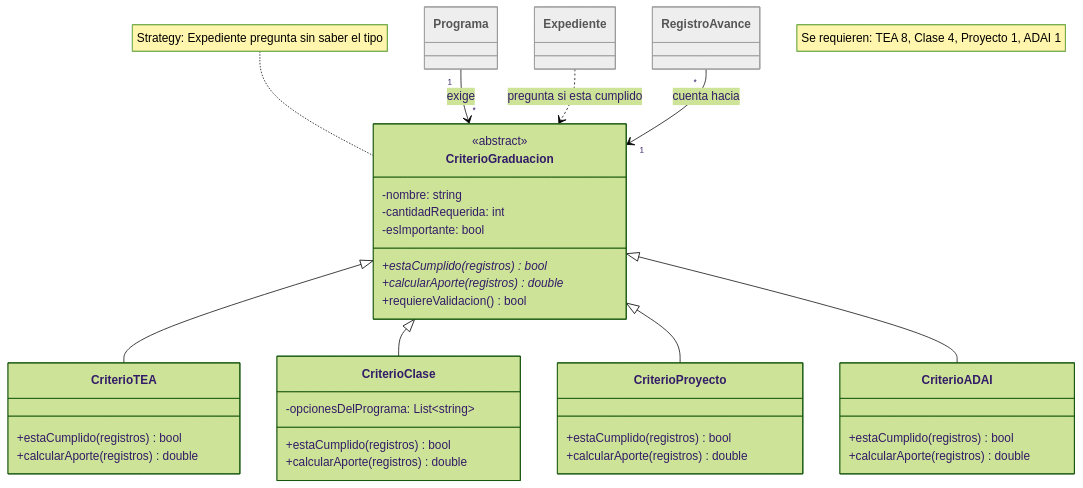
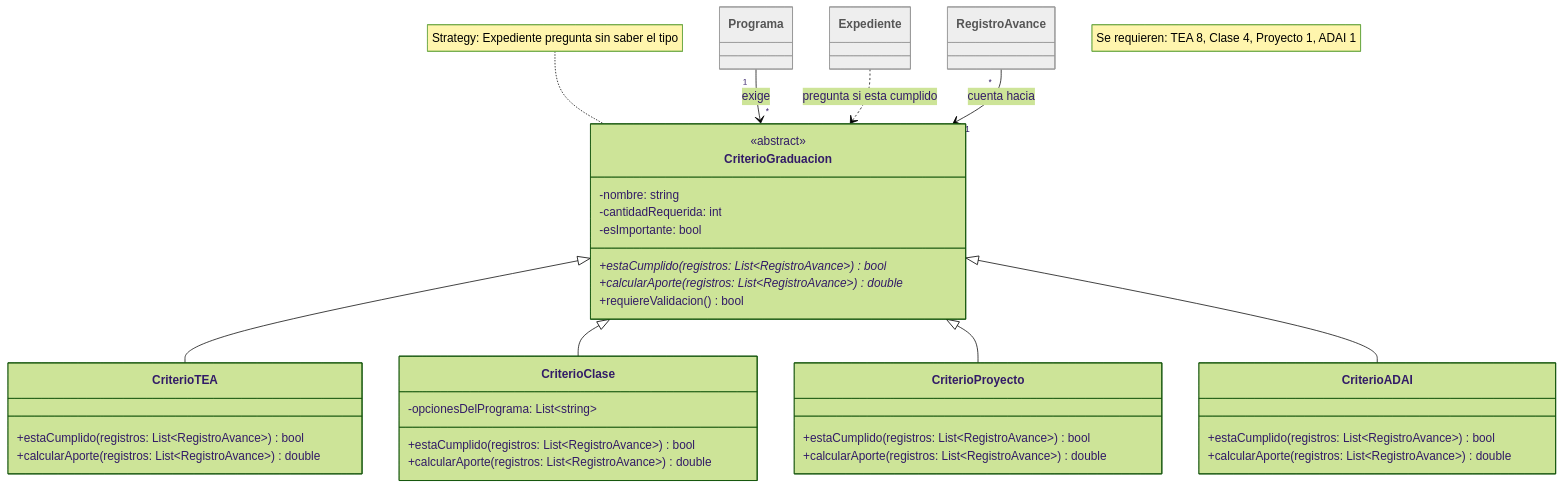
Before and after one commit to Victorflores06/PLEAS-Tracker-: the fourth of 7 diagrams in docs/arch/diagrama-clases-por-partes.md, drawn with Mermaid (forest theme). The commit also changed other lines of this file, not shown here.

First line of the commit message:
Update class diagram method signatures with types

````diff
--- a/docs/arch/diagrama-clases-por-partes.md
+++ b/docs/arch/diagrama-clases-por-partes.md
@@ -138,55 +138,55 @@
 ```mermaid
 classDiagram
 direction TB
-
+ 
 class CriterioGraduacion {
     <<abstract>>
     -nombre: string
     -cantidadRequerida: int
     -esImportante: bool
-    +estaCumplido(registros)* bool
-    +calcularAporte(registros)* double
+    +estaCumplido(registros: List~RegistroAvance~)* bool
+    +calcularAporte(registros: List~RegistroAvance~)* double
     +requiereValidacion() bool
 }
-
+ 
 class CriterioTEA {
-    +estaCumplido(registros) bool
-    +calcularAporte(registros) double
+    +estaCumplido(registros: List~RegistroAvance~) bool
+    +calcularAporte(registros: List~RegistroAvance~) double
 }
-
+ 
 class CriterioClase {
     -opcionesDelPrograma: List~string~
-    +estaCumplido(registros) bool
-    +calcularAporte(registros) double
+    +estaCumplido(registros: List~RegistroAvance~) bool
+    +calcularAporte(registros: List~RegistroAvance~) double
 }
-
+ 
 class CriterioProyecto {
-    +estaCumplido(registros) bool
-    +calcularAporte(registros) double
+    +estaCumplido(registros: List~RegistroAvance~) bool
+    +calcularAporte(registros: List~RegistroAvance~) double
 }
-
+ 
 class CriterioADAI {
-    +estaCumplido(registros) bool
-    +calcularAporte(registros) double
+    +estaCumplido(registros: List~RegistroAvance~) bool
+    +calcularAporte(registros: List~RegistroAvance~) double
 }
-
+ 
 class Programa
 class Expediente
 class RegistroAvance
-
+ 
 style Programa fill:#eeeeee,stroke:#999999,color:#555555
 style Expediente fill:#eeeeee,stroke:#999999,color:#555555
 style RegistroAvance fill:#eeeeee,stroke:#999999,color:#555555
-
+ 
 CriterioGraduacion <|-- CriterioTEA
 CriterioGraduacion <|-- CriterioClase
 CriterioGraduacion <|-- CriterioProyecto
 CriterioGraduacion <|-- CriterioADAI
-
+ 
 Programa "1" --> "*" CriterioGraduacion : exige
 Expediente ..> CriterioGraduacion : pregunta si esta cumplido
 RegistroAvance "*" --> "1" CriterioGraduacion : cuenta hacia
-
+ 
 note for CriterioGraduacion "Strategy: Expediente pregunta sin saber el tipo"
 note "Se requieren: TEA 8, Clase 4, Proyecto 1, ADAI 1"
 ```
````
